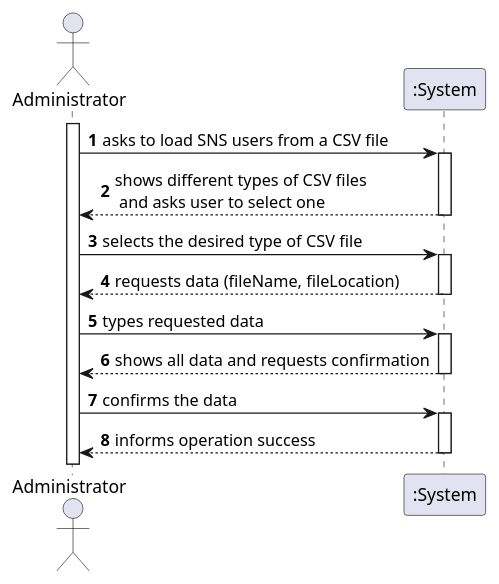
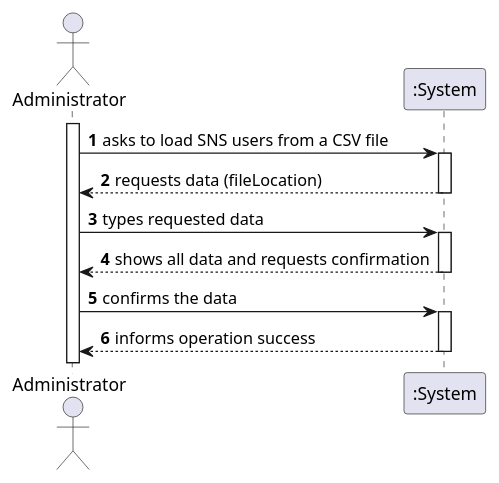
Before and after one commit to diogonapoles/isep-lapr2: the diagram in docs/SprintC/US14/US14_SSD.puml, drawn with PlantUML. The commit also changed 2 other files, not shown here.

```diff
--- a/docs/SprintC/US14/US14_SSD.puml
+++ b/docs/SprintC/US14/US14_SSD.puml
@@ -1,28 +1,23 @@
 @startuml
 'https://plantuml.com/sequence-diagram
 
 autonumber
 
 actor "Administrator" as ADM
 
 activate ADM
 ADM -> ":System" : asks to load SNS users from a CSV file
 activate ":System"
-":System" --> ADM : shows different types of CSV files \n and asks user to select one
-deactivate ":System"
-
-ADM -> ":System" : selects the desired type of CSV file
-activate ":System"
-":System" --> ADM : requests data (fileName, fileLocation)
+":System" --> ADM : requests data (fileLocation)
 deactivate ":System"
 
 ADM -> ":System" : types requested data
 activate ":System"
 ":System" --> ADM : shows all data and requests confirmation
 deactivate ":System"
 
 ADM -> ":System" : confirms the data
 activate ":System"
 ":System" --> ADM : informs operation success
 deactivate ":System"
 @enduml
```
